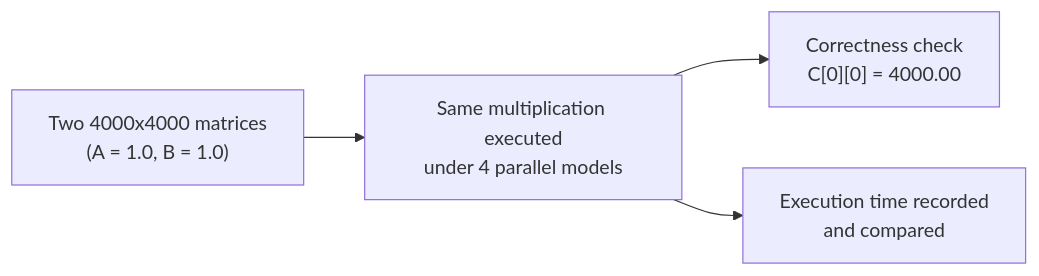
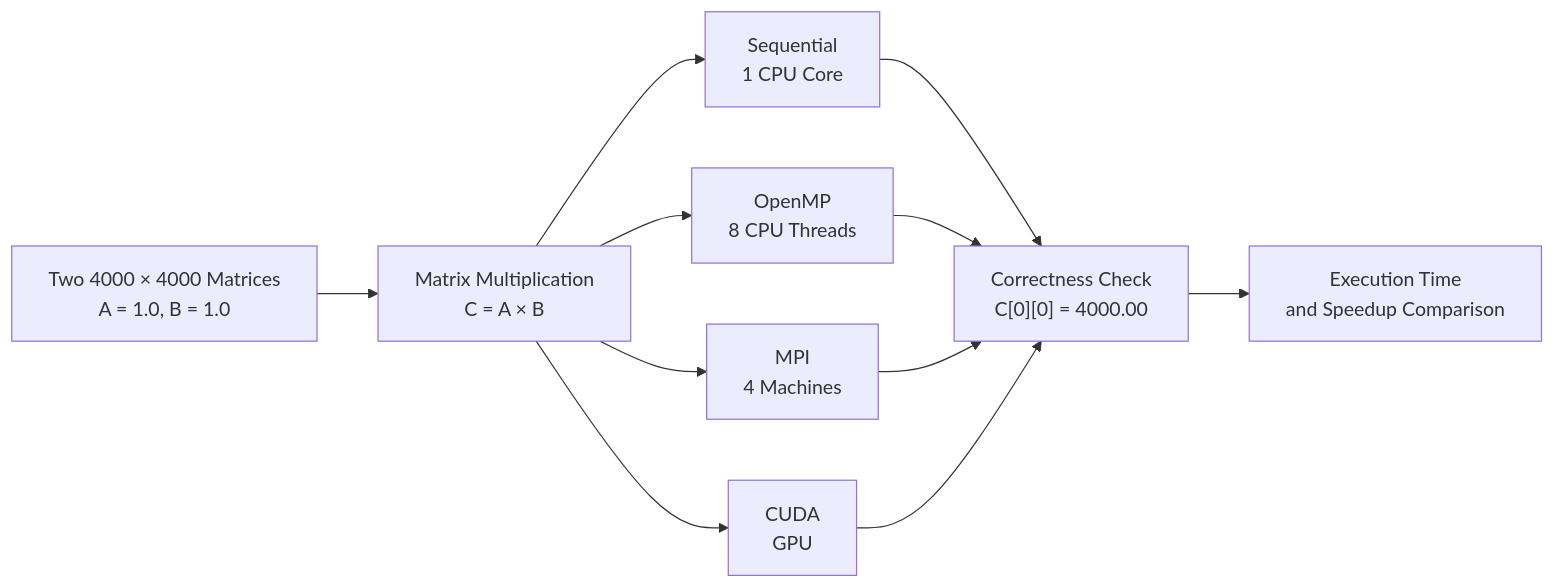
Before and after one commit to Chirag-Salecha/PGC: the diagram in PGC_LAB1/LAB1/README.md, drawn with Mermaid. The commit also changed other lines of this file, not shown here.

````diff
--- a/PGC_LAB1/LAB1/README.md
+++ b/PGC_LAB1/LAB1/README.md
@@ -16,6 +16,16 @@
 ```mermaid
 flowchart LR
-    A["Two 4000x4000 matrices\n(A = 1.0, B = 1.0)"] --> B["Same multiplication executed\nunder 4 parallel models"]
-    B --> C["Correctness check\nC[0][0] = 4000.00"]
-    B --> D["Execution time recorded\nand compared"]
+    A["Two 4000 × 4000 Matrices<br/>A = 1.0, B = 1.0"] --> B["Matrix Multiplication<br/>C = A × B"]
+
+    B --> C["Sequential<br/>1 CPU Core"]
+    B --> D["OpenMP<br/>8 CPU Threads"]
+    B --> E["MPI<br/>4 Machines"]
+    B --> F["CUDA<br/>GPU"]
+
+    C --> G["Correctness Check<br/>C[0][0] = 4000.00"]
+    D --> G
+    E --> G
+    F --> G
+
+    G --> H["Execution Time<br/>and Speedup Comparison"]
 ```
````
